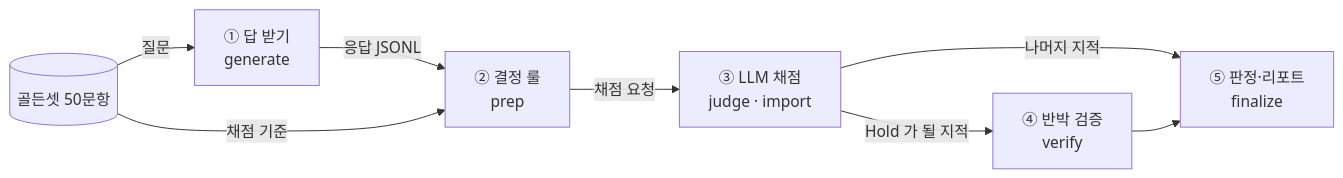
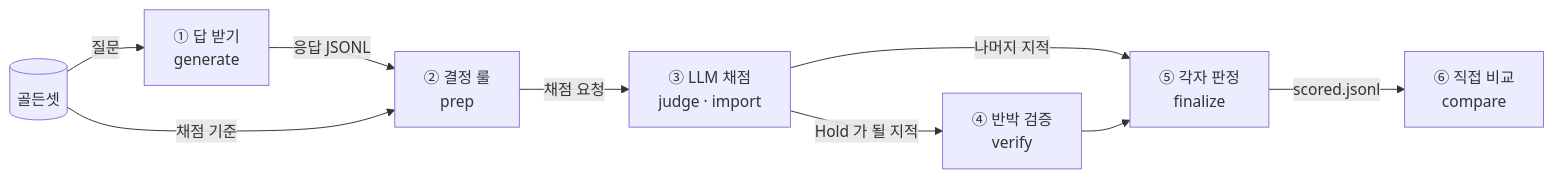
Before and after one commit to YOONPYOGitHub/knowledge-distillation: the first of 3 diagrams in docs/autoqa/DESIGN.md, drawn with Mermaid. The commit also changed other lines of this file and 53 other files, not shown here.

````diff
--- a/docs/autoqa/DESIGN.md
+++ b/docs/autoqa/DESIGN.md
@@ -47,10 +55,11 @@
 ```mermaid
 flowchart LR
-  G[("골든셋 50문항")] -->|"질문"| R["① 답 받기<br/>generate"]
+  G[("골든셋")] -->|"질문"| R["① 답 받기<br/>generate"]
   R -->|"응답 JSONL"| P["② 결정 룰<br/>prep"]
   G -->|"채점 기준"| P
   P -->|"채점 요청"| J["③ LLM 채점<br/>judge · import"]
   J -->|"Hold 가 될 지적"| V["④ 반박 검증<br/>verify"]
-  J -->|"나머지 지적"| F["⑤ 판정·리포트<br/>finalize"]
+  J -->|"나머지 지적"| F["⑤ 각자 판정<br/>finalize"]
   V --> F
+  F -->|"scored.jsonl"| C["⑥ 직접 비교<br/>compare"]
 ```
````
